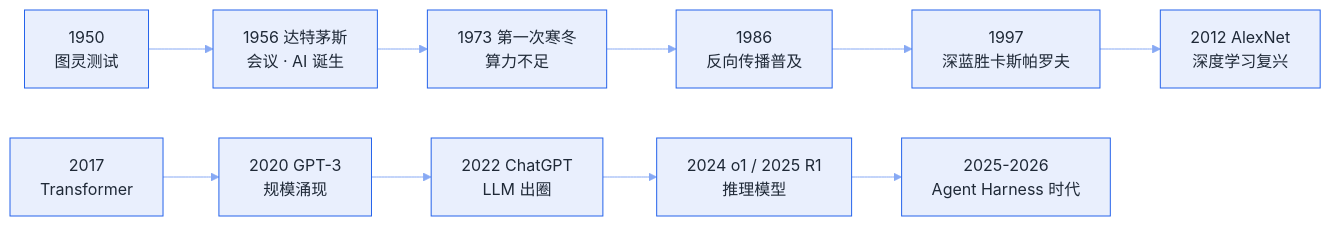
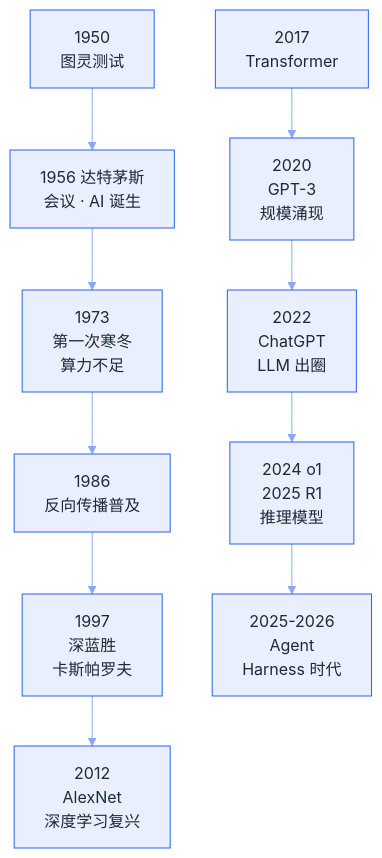
One commit to funny8kids/ai-agent-handbook changed the diagram in docs/01-ai-basics/ai-history.md. Above: the diagram before and after it, drawn with Mermaid. The commit also changed 45 other files, not shown here.

First line of the commit message:
Thicken 12 thin pages, clear 25 over-width diagrams, re-proportion 10 thin-ribbon diagrams

````diff
--- a/docs/01-ai-basics/ai-history.md
+++ b/docs/01-ai-basics/ai-history.md
@@ -36,13 +36,13 @@
 ```mermaid
 %%{init: {"theme":"base","themeVariables":{"primaryColor":"#E9EFFD","primaryBorderColor":"#2563EB","primaryTextColor":"#1F2937","secondaryColor":"#CFDDFB","tertiaryColor":"#F6F9FE","lineColor":"#87A9F4","actorBkg":"#EEF3FD","actorBorder":"#2563EB","actorTextColor":"#1F2937","signalColor":"#6692F1","noteBkgColor":"#D8E3FB","noteBorderColor":"#2563EB","noteTextColor":"#1F2937","labelBoxBkgColor":"#E9EFFD","labelBoxBorderColor":"#2563EB"}}}%%
-flowchart LR
+flowchart TB
   A[1950<br/>图灵测试] --> B[1956 达特茅斯<br/>会议 · AI 诞生]
-  B --> C[1973 第一次寒冬<br/>算力不足]
+  B --> C[1973<br/>第一次寒冬<br/>算力不足]
   C --> D[1986<br/>反向传播普及]
-  D --> E[1997<br/>深蓝胜卡斯帕罗夫]
-  E --> F[2012 AlexNet<br/>深度学习复兴]
-  G[2017<br/>Transformer] --> H[2020 GPT-3<br/>规模涌现]
-  H --> I[2022 ChatGPT<br/>LLM 出圈]
-  I --> J[2024 o1 / 2025 R1<br/>推理模型]
-  J --> K[2025-2026<br/>Agent Harness 时代]
+  D --> E[1997<br/>深蓝胜<br/>卡斯帕罗夫]
+  E --> F[2012<br/>AlexNet<br/>深度学习复兴]
+  G[2017<br/>Transformer] --> H[2020<br/>GPT-3<br/>规模涌现]
+  H --> I[2022<br/>ChatGPT<br/>LLM 出圈]
+  I --> J[2024 o1<br/>2025 R1<br/>推理模型]
+  J --> K[2025-2026<br/>Agent<br/>Harness 时代]
 ```
````
